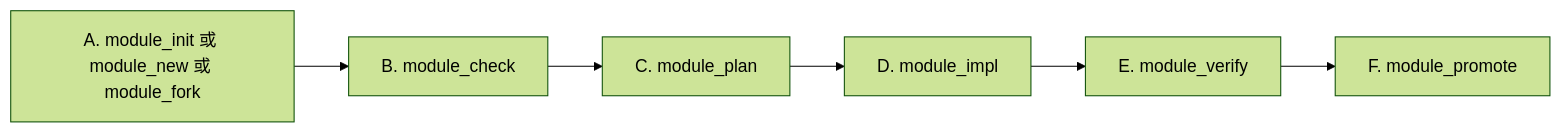
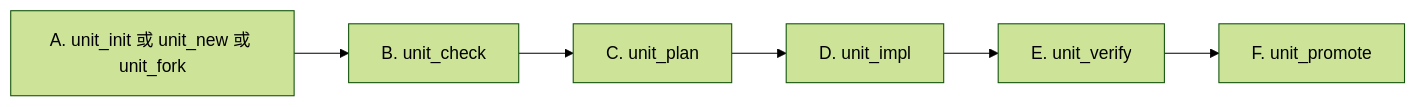
Before and after one commit to mfblog/specflow: the fourth of 7 diagrams in README.zh-CN.md, drawn with Mermaid (forest theme). The commit also changed other lines of this file and 82 other files, not shown here.

````diff
--- a/README.zh-CN.md
+++ b/README.zh-CN.md
@@ -414,8 +414,8 @@
 ```mermaid
 flowchart LR
-    A["A. module_init 或 module_new 或 module_fork"] --> B["B. module_check"]
-    B --> C["C. module_plan"]
-    C --> D["D. module_impl"]
-    D --> E["E. module_verify"]
-    E --> F["F. module_promote"]
+    A["A. unit_init 或 unit_new 或 unit_fork"] --> B["B. unit_check"]
+    B --> C["C. unit_plan"]
+    C --> D["D. unit_impl"]
+    D --> E["E. unit_verify"]
+    E --> F["F. unit_promote"]
 ```
````
